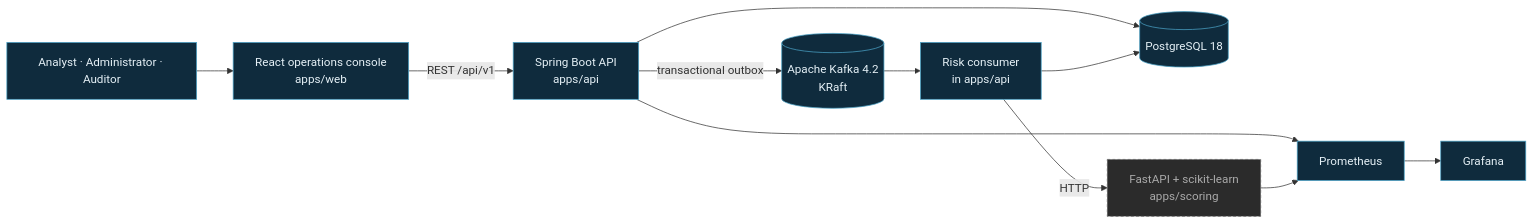
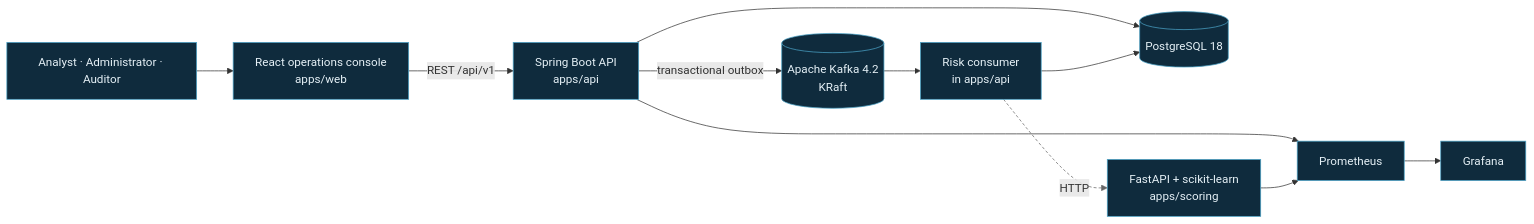
Before and after one commit to la3679/sentinelflow: the first of 2 diagrams in README.md, drawn with Mermaid. The commit also changed other lines of this file and 20 other files, not shown here.

````diff
--- a/README.md
+++ b/README.md
@@ -104,18 +111,18 @@
 ```mermaid
 flowchart LR
     U["Analyst · Administrator · Auditor"] --> W["React operations console<br/>apps/web"]
     W -->|"REST /api/v1"| A["Spring Boot API<br/>apps/api"]
     A --> P[("PostgreSQL 18")]
     A -->|"transactional outbox"| K[("Apache Kafka 4.2<br/>KRaft")]
     K --> C["Risk consumer<br/>in apps/api"]
     C -->|"HTTP"| M["FastAPI + scikit-learn<br/>apps/scoring"]
     C --> P
     A --> O["Prometheus"]
     M --> O
     O --> G["Grafana"]
 
     classDef built fill:#0f2b3d,stroke:#4ba3c7,color:#e6f1f7
-    classDef planned fill:#2b2b2b,stroke:#666,color:#aaa,stroke-dasharray:4 3
-    class U,W,A,P,K,C,O,G built
-    class M planned
+    class U,W,A,P,K,C,O,G,M built
+    %% The sixth link, C -> M. Every box is built; the call between them is not.
+    linkStyle 5 stroke-dasharray:4 3,stroke:#666
 ```
````
